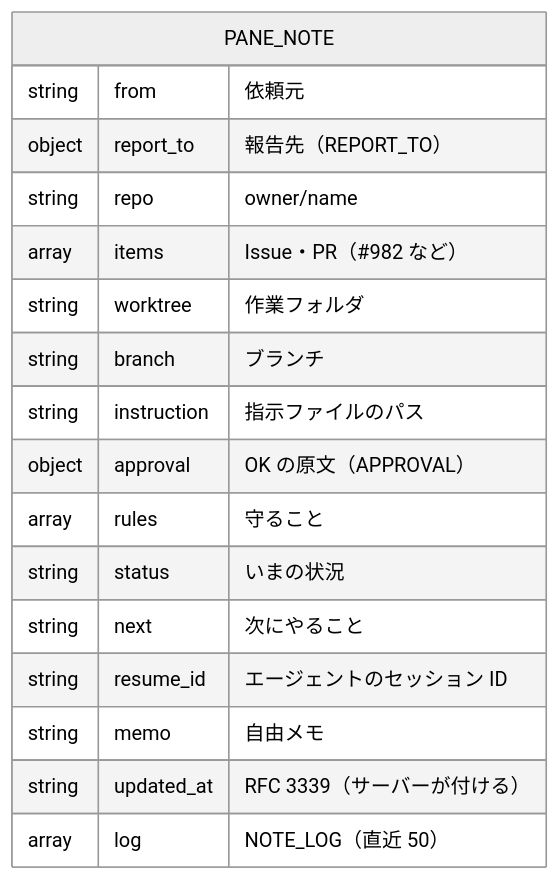
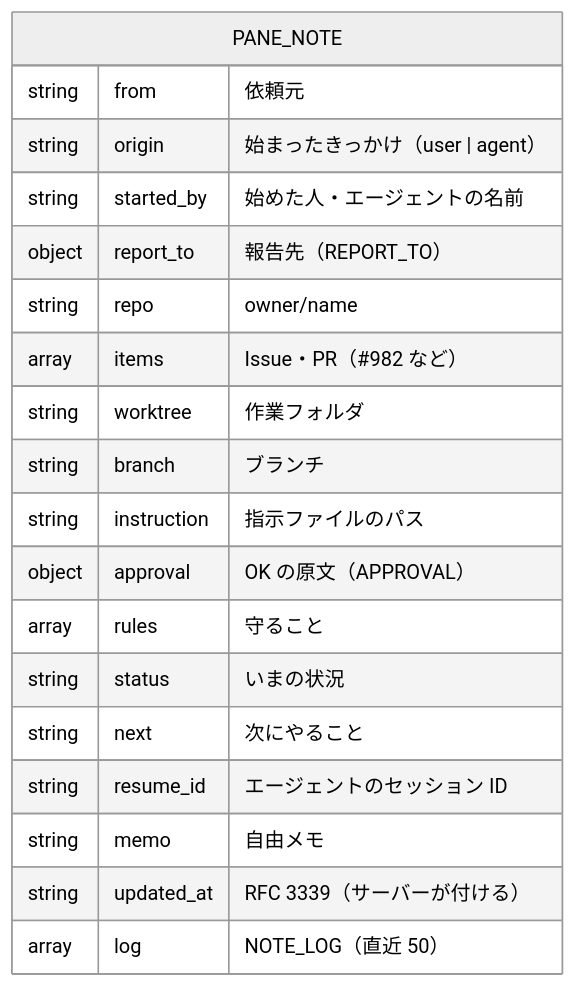
Before and after one commit to ousiassllc/swarm-console: the third of 5 diagrams in docs/architecture/er.md, drawn with Mermaid (neutral theme). The commit also changed other lines of this file and 26 other files, not shown here.

First line of the commit message:
feat: メモに origin・started_by を足し、レポートで誰が始めたかを見分けられるようにする

````diff
--- a/docs/architecture/er.md
+++ b/docs/architecture/er.md
@@ -121,20 +121,22 @@
 ```mermaid
 erDiagram
     PANE_NOTE {
         string from "依頼元"
+        string origin "始まったきっかけ（user | agent）"
+        string started_by "始めた人・エージェントの名前"
         object report_to "報告先（REPORT_TO）"
         string repo "owner/name"
         array items "Issue・PR（#982 など）"
         string worktree "作業フォルダ"
         string branch "ブランチ"
         string instruction "指示ファイルのパス"
         object approval "OK の原文（APPROVAL）"
         array rules "守ること"
         string status "いまの状況"
         string next "次にやること"
         string resume_id "エージェントのセッション ID"
         string memo "自由メモ"
         string updated_at "RFC 3339（サーバーが付ける）"
         array log "NOTE_LOG（直近 50）"
     }
 ```
````
